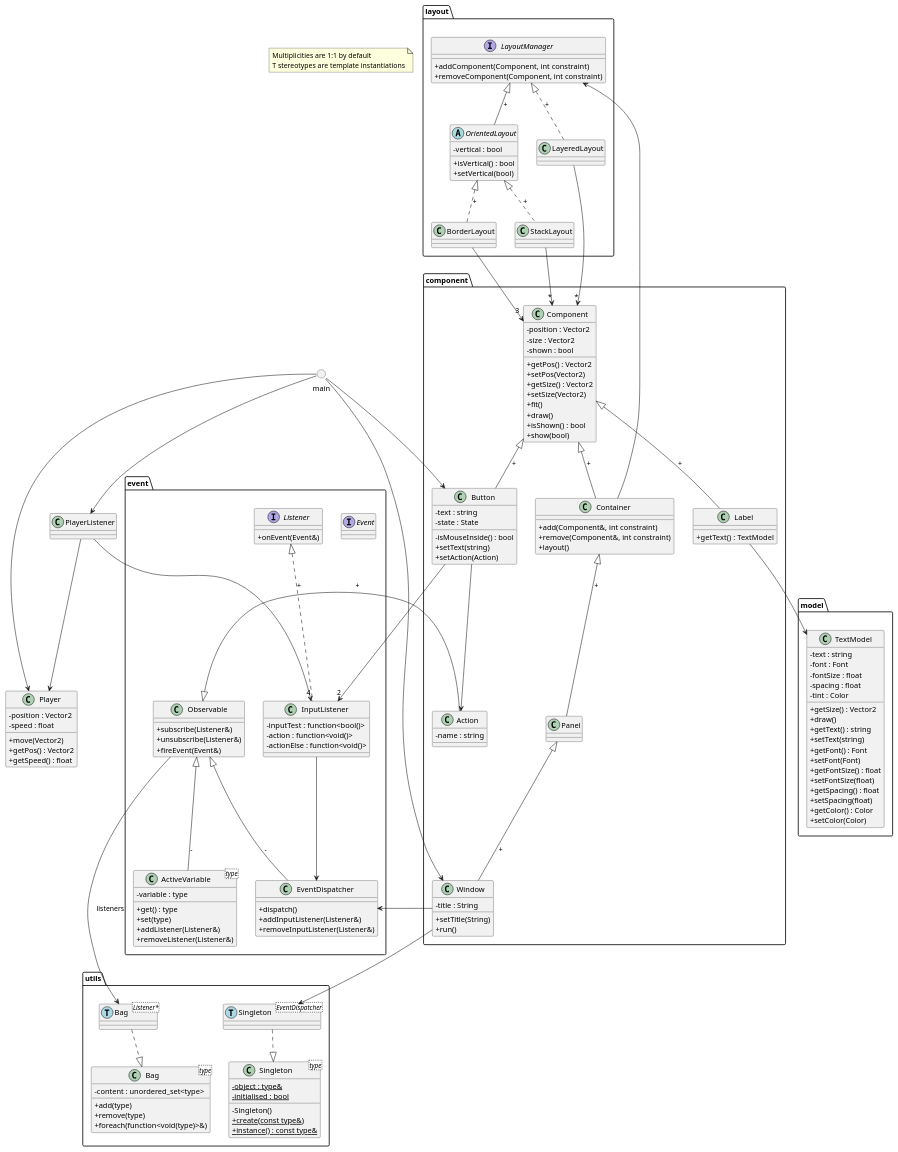
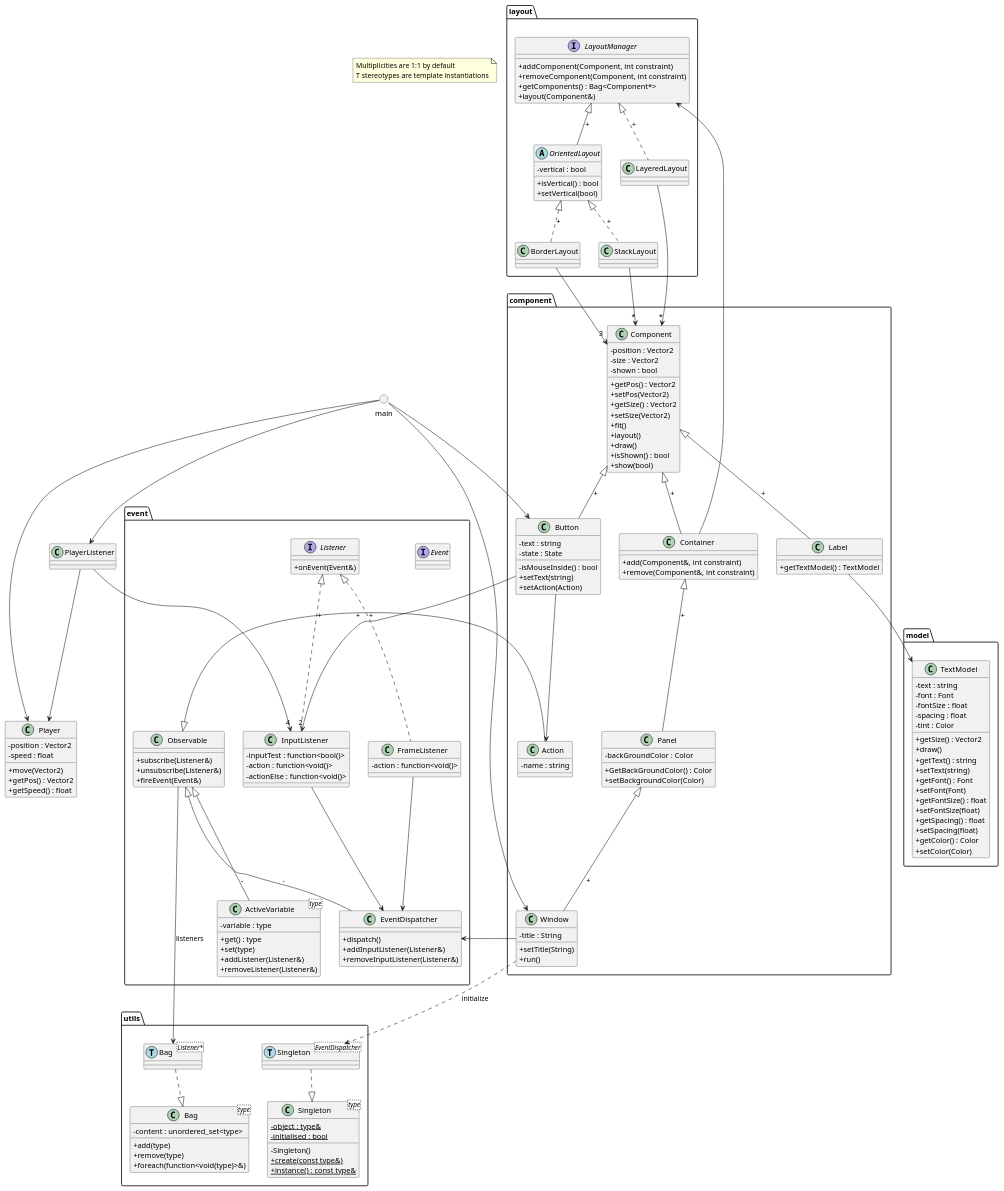
The diagram in project.puml (julesdupuis/CPP-UI-toolkit), drawn with PlantUML before and after one commit. The commit also changed 15 other files, not shown here.

```diff
--- a/project.puml
+++ b/project.puml
@@ -71,14 +71,20 @@
         +addListener(Listener&)
         +removeListener(Listener&)
     }
+    class FrameListener{
+        {field} -action : function<void()>
+    }
 }
 
 Listener <|.. InputListener : +
+Listener <|.. FrameListener : +
 Observable <|-- EventDispatcher : -
 Observable <|-- ActiveVariable : -
+
 Observable --> BagListener : listeners
 
 InputListener --> EventDispatcher
+FrameListener --> EventDispatcher
 
 package component{
     class Component{
@@ -90,6 +96,7 @@
         +getSize() : Vector2
         +setSize(Vector2)
         +fit()
+        +layout()
         +draw()
         +isShown() : bool
         +show(bool)
@@ -107,10 +114,11 @@
     class Container{
         +add(Component&, int constraint)
         +remove(Component&, int constraint)
-        +layout()
     }
     class Panel{
-
+        -backGroundColor : Color
+        +GetBackGroundColor() : Color
+        +setBackgroundColor(Color)
     }
     class Window{
         -title : String
@@ -118,7 +126,7 @@
         +run()
     }
     class Label{
-        +getText() : TextModel
+        +getTextModel() : TextModel
     }
 }
 
@@ -133,12 +141,14 @@
 Button --> "2" InputListener
 
 Window --> EventDispatcher
-Window --> SingletonEventDispatcher
+Window ..> SingletonEventDispatcher : initialize
 
 package layout{
     interface LayoutManager{
         +addComponent(Component, int constraint)
         +removeComponent(Component, int constraint)
+        +getComponents() : Bag<Component*>
+        +layout(Component&)
     }
     abstract class OrientedLayout{
         -vertical : bool
```
